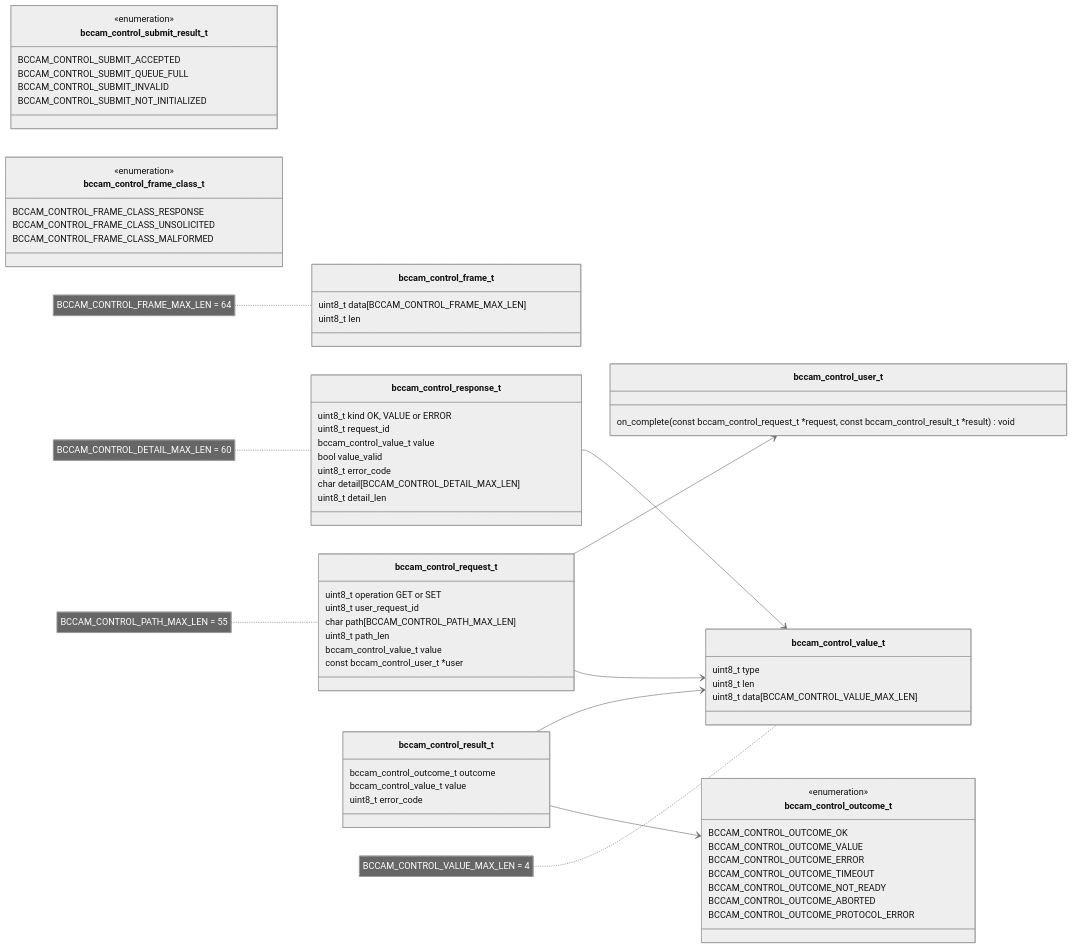
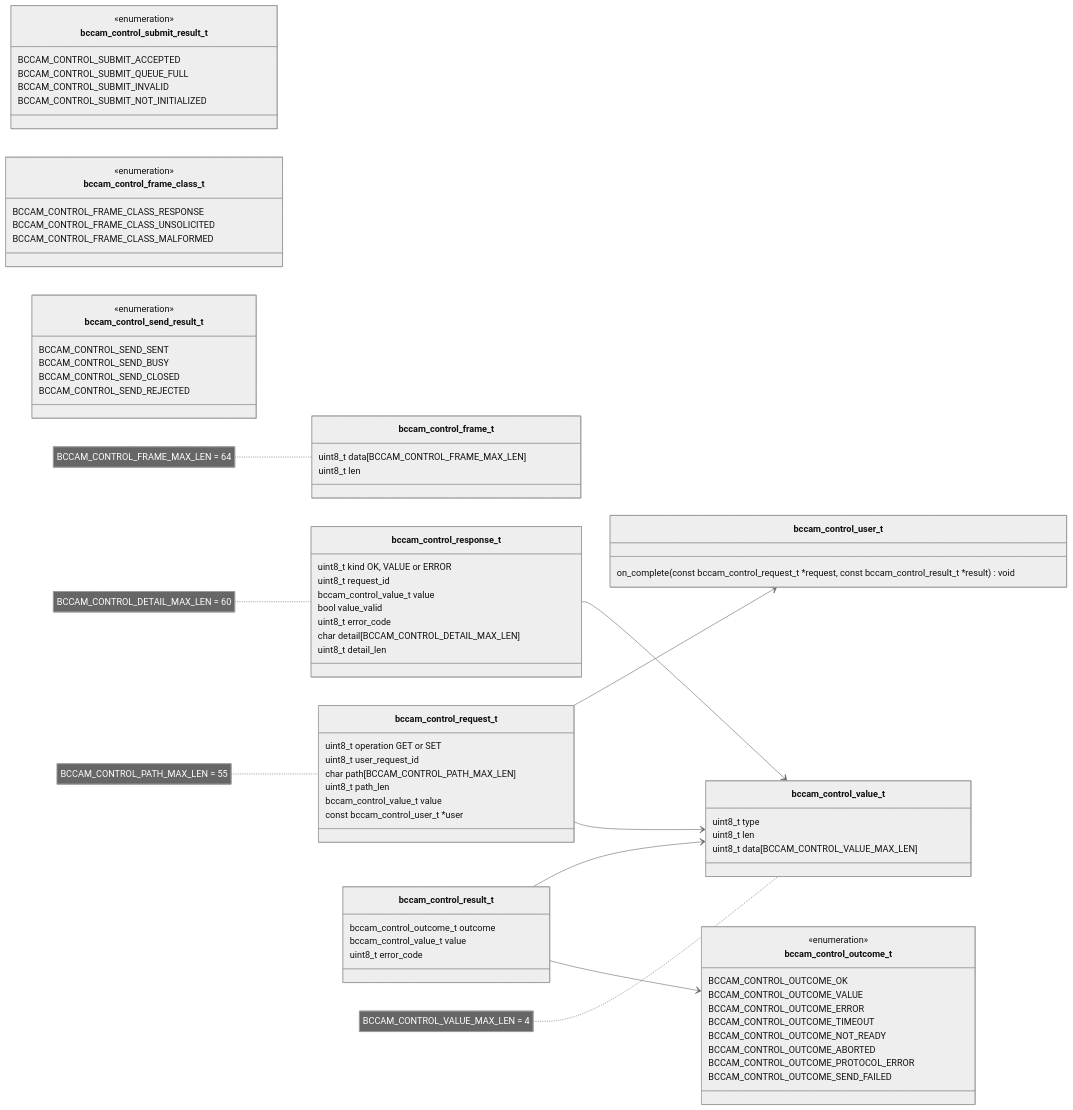
One commit to bitcraze/crazyflie-firmware changed the second of 10 diagrams in docs/functional-areas/camera-deck-control.md. Above: the diagram before and after it, drawn with Mermaid (neutral theme). The commit also changed other lines of this file, not shown here.

```diff
--- a/docs/functional-areas/camera-deck-control.md
+++ b/docs/functional-areas/camera-deck-control.md
@@ -287,6 +287,7 @@
         BCCAM_CONTROL_OUTCOME_NOT_READY
         BCCAM_CONTROL_OUTCOME_ABORTED
         BCCAM_CONTROL_OUTCOME_PROTOCOL_ERROR
+        BCCAM_CONTROL_OUTCOME_SEND_FAILED
     }
 
     class bccam_control_submit_result_t {
@@ -311,6 +312,14 @@
         BCCAM_CONTROL_FRAME_CLASS_MALFORMED
     }
 
+    class bccam_control_send_result_t {
+        <<enumeration>>
+        BCCAM_CONTROL_SEND_SENT
+        BCCAM_CONTROL_SEND_BUSY
+        BCCAM_CONTROL_SEND_CLOSED
+        BCCAM_CONTROL_SEND_REJECTED
+    }
+
     bccam_control_result_t --> bccam_control_outcome_t
     bccam_control_request_t --> bccam_control_value_t
     bccam_control_request_t --> bccam_control_user_t
```
